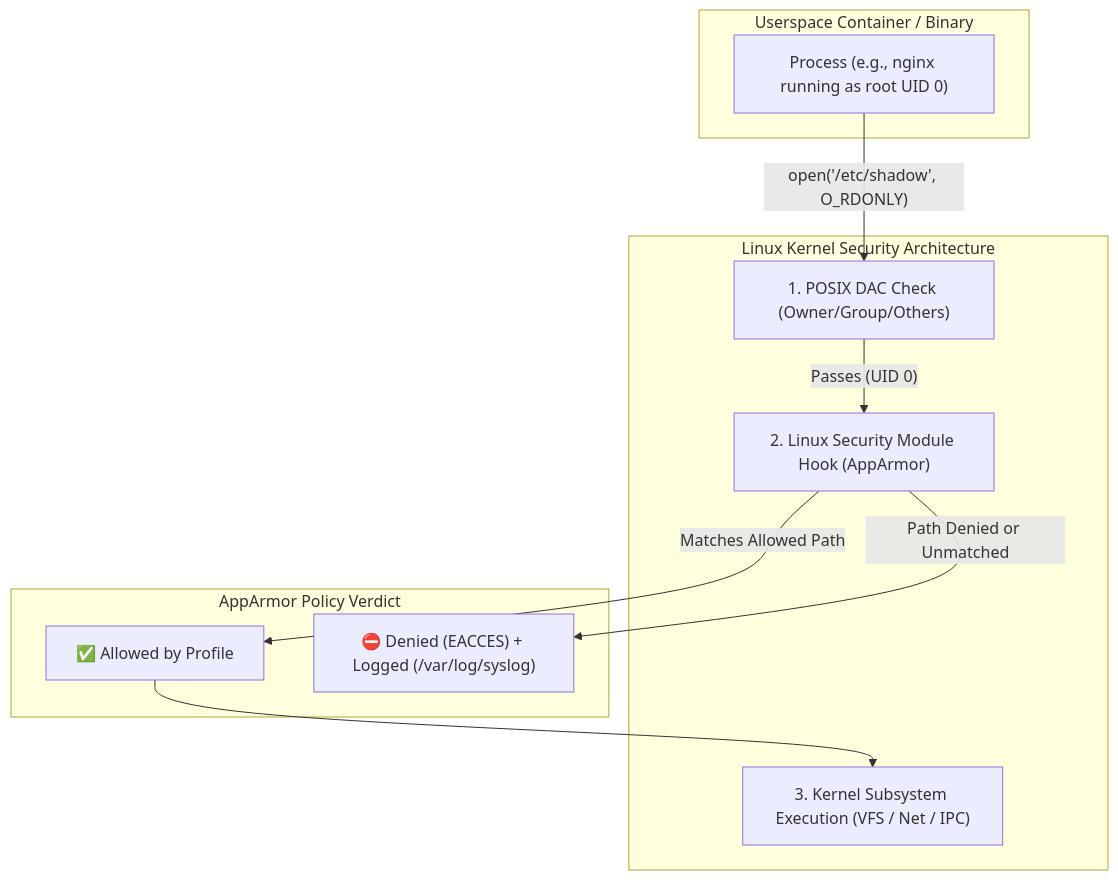
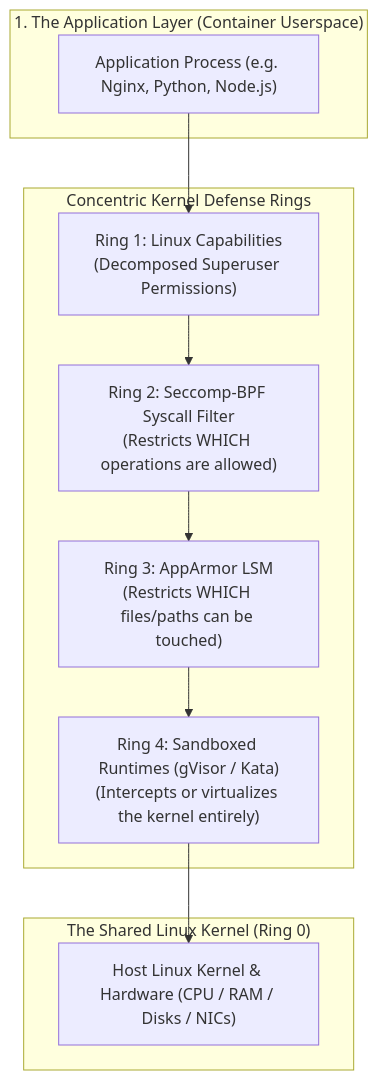
The first of 10 diagrams in Reference Notes/0-7-9_workload_kernel_isolation_seccomp_apparmor_and_capabilities.md (kmashour/BrainDump), drawn with Mermaid before and after one commit. The commit also changed other lines of this file and 1 other file, not shown here.

Commit message:
docs(cks): complete pedagogical overhaul of Module 0-7-9 with beginner-first mental models and KodeKloud depth

````diff
--- a/Reference Notes/0-7-9_workload_kernel_isolation_seccomp_apparmor_and_capabilities.md
+++ b/Reference Notes/0-7-9_workload_kernel_isolation_seccomp_apparmor_and_capabilities.md
@@ -27,23 +32,23 @@
 ```mermaid
 flowchart TD
-    subgraph UserspaceProcess ["Userspace Container / Binary"]
-        Proc["Process (e.g., nginx running as root UID 0)"]
+    subgraph ContainerApp ["1. The Application Layer (Container Userspace)"]
+        Process["Application Process (e.g. Nginx, Python, Node.js)"]
     end
 
-    subgraph LinuxKernel ["Linux Kernel Security Architecture"]
-        DAC["1. POSIX DAC Check (Owner/Group/Others)"]
-        LSM["2. Linux Security Module Hook (AppArmor)"]
-        SyscallHandler["3. Kernel Subsystem Execution (VFS / Net / IPC)"]
+    subgraph DefenseRings ["Concentric Kernel Defense Rings"]
+        Ring1["Ring 1: Linux Capabilities\n(Decomposed Superuser Permissions)"]
+        Ring2["Ring 2: Seccomp-BPF Syscall Filter\n(Restricts WHICH operations are allowed)"]
+        Ring3["Ring 3: AppArmor LSM\n(Restricts WHICH files/paths can be touched)"]
+        Ring4["Ring 4: Sandboxed Runtimes (gVisor / Kata)\n(Intercepts or virtualizes the kernel entirely)"]
     end
 
-    subgraph Verdict ["AppArmor Policy Verdict"]
-        Allowed["✅ Allowed by Profile"]
-        Denied["⛔ Denied (EACCES) + Logged (/var/log/syslog)"]
+    subgraph HostKernel ["The Shared Linux Kernel (Ring 0)"]
+        Core["Host Linux Kernel & Hardware (CPU / RAM / Disks / NICs)"]
     end
 
-    Proc -->|"open('/etc/shadow', O_RDONLY)"| DAC
-    DAC -->|"Passes (UID 0)"| LSM
-    LSM -->|"Matches Allowed Path"| Allowed
-    LSM -->|"Path Denied or Unmatched"| Denied
-    Allowed --> SyscallHandler
+    Process --> Ring1
+    Ring1 --> Ring2
+    Ring2 --> Ring3
+    Ring3 --> Ring4
+    Ring4 --> Core
 ```
````
